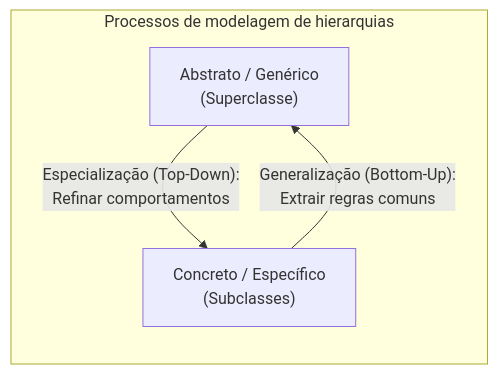
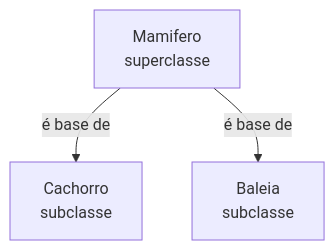
Before and after one commit to leorruas/puc: the first of 5 diagrams in 01. Programacao Modular/15. Herança (generalização, especialização e extensibilidade modular).md, drawn with Mermaid. The commit also changed other lines of this file, not shown here.

Commit message:
Normaliza Mermaid de herança e composição

````diff
--- a/01. Programacao Modular/15. Herança (generalização, especialização e extensibilidade modular).md
+++ b/01. Programacao Modular/15. Herança (generalização, especialização e extensibilidade modular).md
@@ -83,12 +45,9 @@
 ```mermaid
 flowchart TD
-    subgraph MovimentosModelagem ["Processos de modelagem de hierarquias"]
-        direction TB
+    Mamifero["Mamifero<br>superclasse"]:::core
+    Cachorro["Cachorro<br>subclasse"]:::component
+    Baleia["Baleia<br>subclasse"]:::component
 
-        Cima["Abstrato / Genérico<br>(Superclasse)"]
-        Baixo["Concreto / Específico<br>(Subclasses)"]
-
-        Baixo -->|"Generalização (Bottom-Up):<br>Extrair regras comuns"| Cima
-        Cima -->|"Especialização (Top-Down):<br>Refinar comportamentos"| Baixo
-    end
+    Mamifero -->|"é base de"| Cachorro
+    Mamifero -->|"é base de"| Baleia
 ```
````
